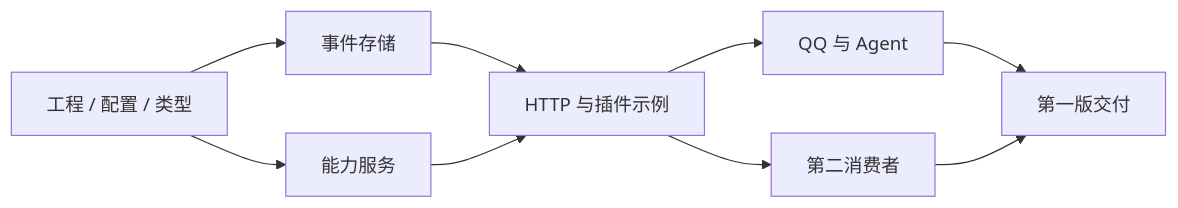
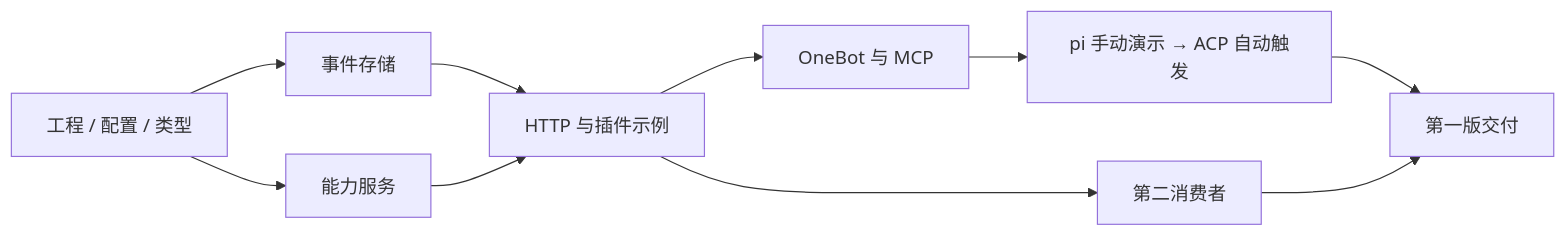
The diagram in docs/development-plan.md (ycychome/Imbrex), drawn with Mermaid before and after one commit. The commit also changed other lines of this file and 16 other files, not shown here.

Commit message:
docs: align M1 goals with MCP and ACP integration (#7)

````diff
--- a/docs/development-plan.md
+++ b/docs/development-plan.md
@@ -71,11 +76,12 @@
 ```mermaid
 flowchart LR
     E["工程 / 配置 / 类型"] --> S["事件存储"]
     E --> C["能力服务"]
     S --> H["HTTP 与插件示例"]
     C --> H
-    H --> Q["QQ 与 Agent"]
+    H --> Q["OneBot 与 MCP"]
+    Q --> A["pi 手动演示 → ACP 自动触发"]
     H --> O["第二消费者"]
-    Q --> D["第一版交付"]
+    A --> D["第一版交付"]
     O --> D
 ```
````
